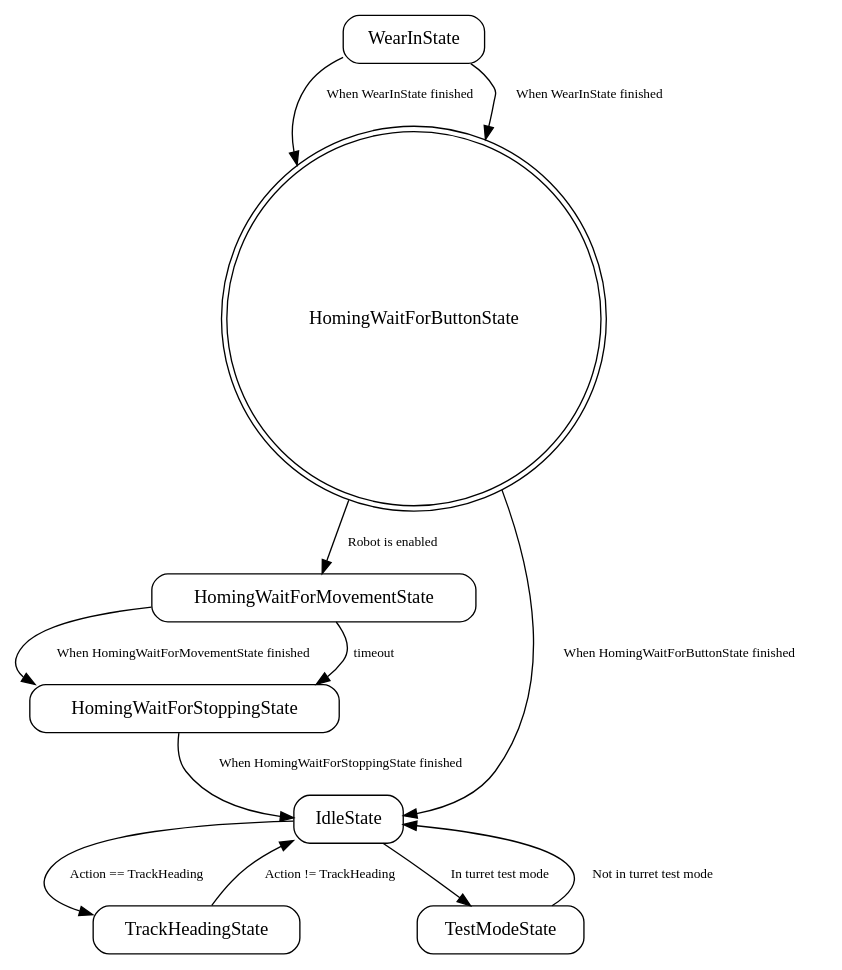
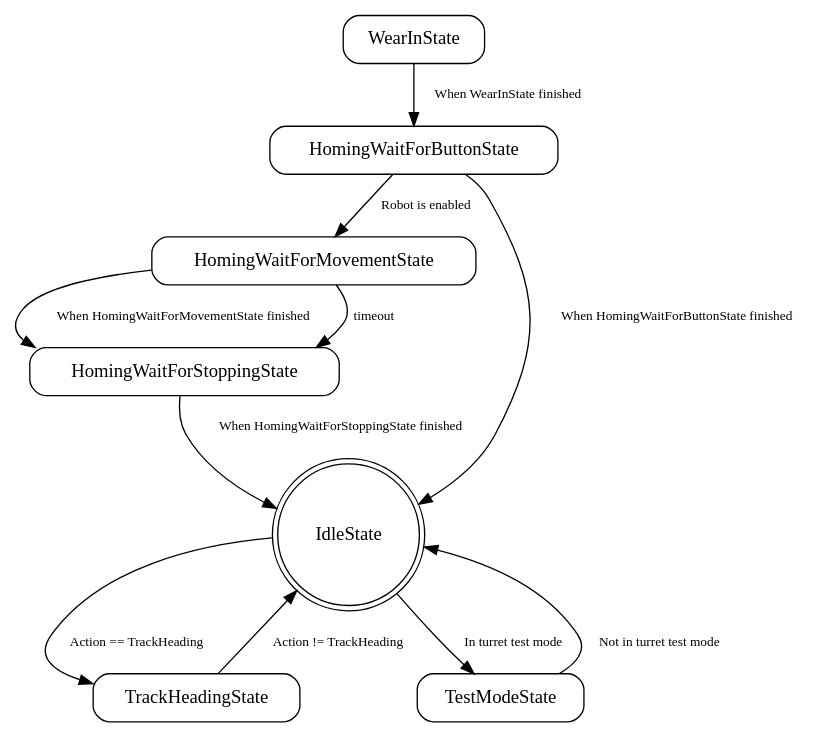
The diagram in state_machine_graphs/turret.dot (team401/2026-Robot-Code), drawn with Graphviz before and after one commit.

Commit message:
state machine as per Sim - different start state than real life

```diff
--- a/state_machine_graphs/turret.dot
+++ b/state_machine_graphs/turret.dot
@@ -1,46 +1,44 @@
 digraph {
 
   // Graphviz Format settings
 
   node [
     shape=box,
     style=rounded
   ];
 
   edge [
     fontsize=10
   ];
 
 
   // States
 
   HomingWaitForMovementState ;
   HomingWaitForStoppingState ;
-  IdleState ;
+  IdleState [shape=doublecircle];
   WearInState ;
   TrackHeadingState ;
   TestModeState ;
-  HomingWaitForButtonState [shape=doublecircle];
+  HomingWaitForButtonState ;
 
   // Transitions
 
   HomingWaitForMovementState -> HomingWaitForStoppingState [label="When HomingWaitForMovementState finished"];
   HomingWaitForMovementState -> HomingWaitForStoppingState [label="timeout"];
 
   HomingWaitForStoppingState -> IdleState [label="When HomingWaitForStoppingState finished"];
 
   IdleState -> TestModeState [label="In turret test mode"];
   IdleState -> TrackHeadingState [label="Action == TrackHeading"];
 
   WearInState -> HomingWaitForButtonState [label="When WearInState finished"];
 
-  WearInState -> HomingWaitForButtonState [label="When WearInState finished"];
-
   TrackHeadingState -> IdleState [label="Action != TrackHeading"];
 
   TestModeState -> IdleState [label="Not in turret test mode"];
 
   HomingWaitForButtonState -> IdleState [label="When HomingWaitForButtonState finished"];
   HomingWaitForButtonState -> HomingWaitForMovementState [label="Robot is enabled"];
 
 }
```
